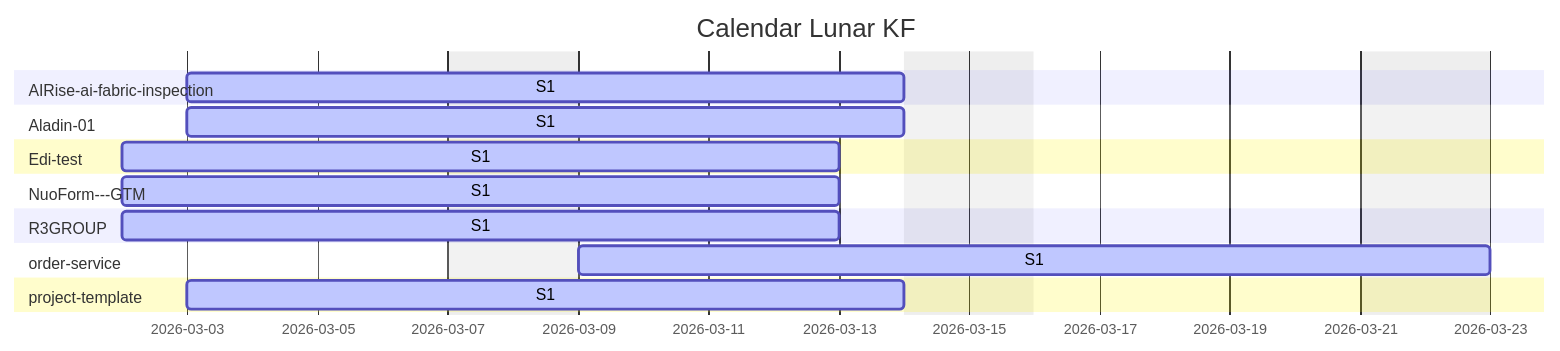
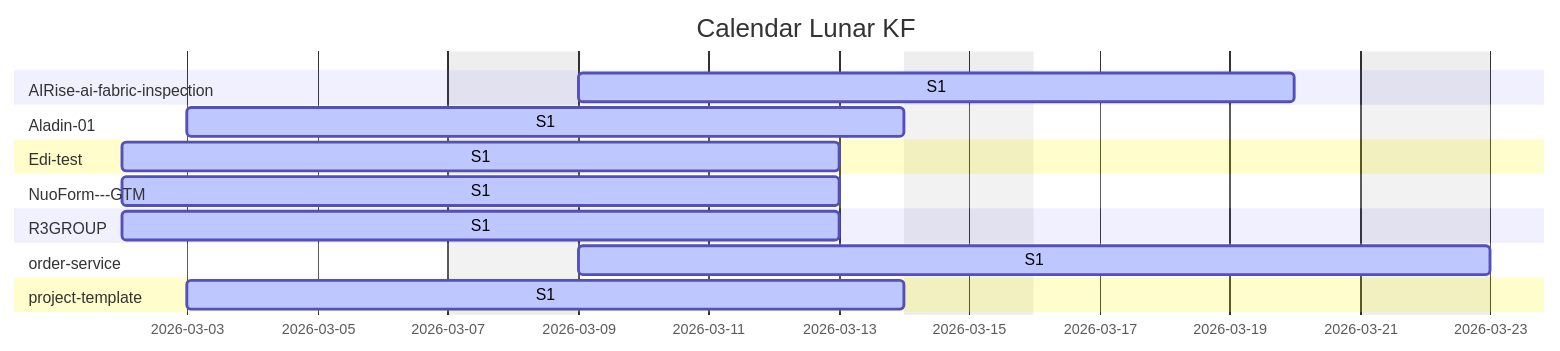
One commit to Katty-Fashion/kf-cpto changed the second of 2 diagrams in docs/unified-calendar.md. Above: the diagram before and after it, drawn with Mermaid. The commit also changed other lines of this file and 10 other files, not shown here.

````diff
--- a/docs/unified-calendar.md
+++ b/docs/unified-calendar.md
@@ -22,21 +22,21 @@
 ```mermaid
 gantt
     title Calendar Lunar KF
     dateFormat YYYY-MM-DD
     excludes weekends
 
     section AIRise-ai-fabric-inspection
-    S1 :active, 2026-03-03, 2026-03-14
+    S1 :active, 2026-03-09, 2026-03-20
     section Aladin-01
     S1 :active, 2026-03-03, 2026-03-14
     section Edi-test
     S1 :active, 2026-03-02, 2026-03-13
     section NuoForm---GTM
     S1 :active, 2026-03-02, 2026-03-13
     section R3GROUP
     S1 :active, 2026-03-02, 2026-03-13
     section order-service
     S1 :active, 2026-03-09, 2026-03-23
     section project-template
     S1 :active, 2026-03-03, 2026-03-14
 ```
````
